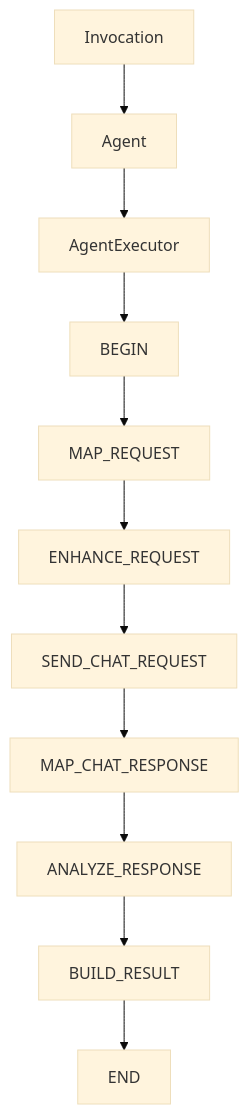
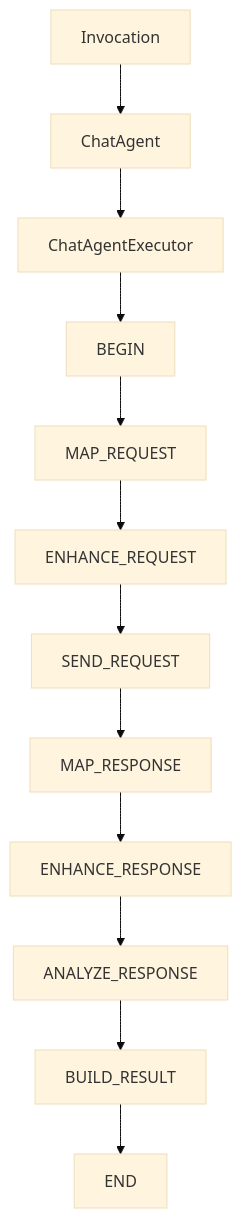
The second of 3 diagrams in README.md (Halcyonsong/liteagent-template), drawn with Mermaid (base theme) before and after one commit. The commit also changed other lines of this file and 40 other files, not shown here.

````diff
--- a/README.md
+++ b/README.md
@@ -53,13 +52,14 @@
 ```mermaid
 flowchart TD
-    B1[Invocation] --> B2[Agent]
-    B2 --> B3[AgentExecutor]
+    B1[Invocation] --> B2[ChatAgent]
+    B2 --> B3[ChatAgentExecutor]
     B3 --> B4[BEGIN]
     B4 --> B5[MAP_REQUEST]
     B5 --> B6[ENHANCE_REQUEST]
-    B6 --> B7[SEND_CHAT_REQUEST]
-    B7 --> B8[MAP_CHAT_RESPONSE]
-    B8 --> B9[ANALYZE_RESPONSE]
-    B9 --> B10[BUILD_RESULT]
-    B10 --> B11[END]
+    B6 --> B7[SEND_REQUEST]
+    B7 --> B8[MAP_RESPONSE]
+    B8 --> B9[ENHANCE_RESPONSE]
+    B9 --> B10[ANALYZE_RESPONSE]
+    B10 --> B11[BUILD_RESULT]
+    B11 --> B12[END]
 ```
````
